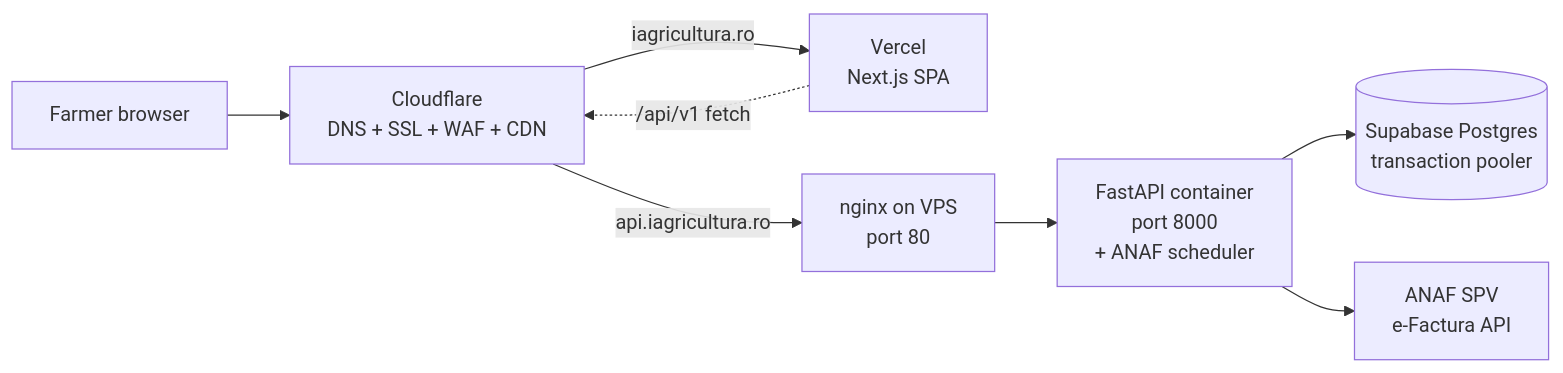
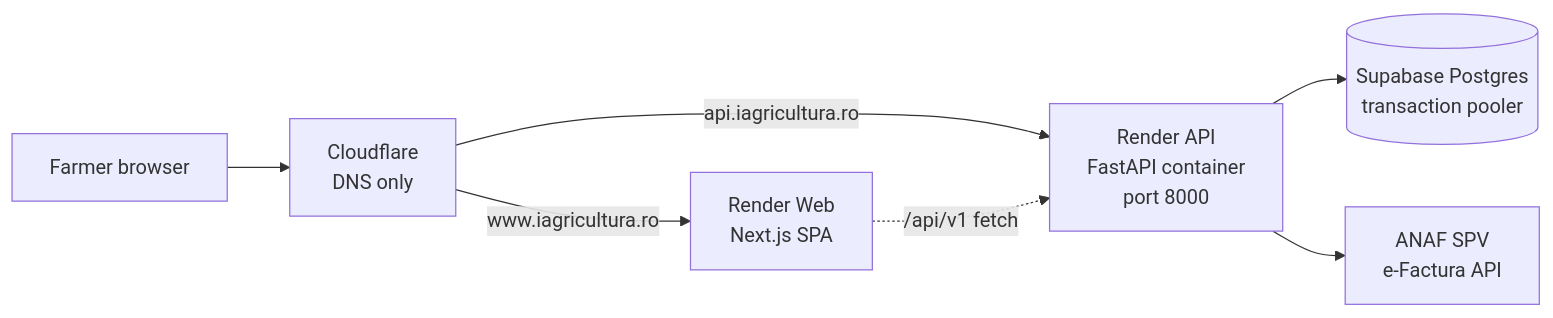
One commit to LuciMurgu/iAgricultura changed the first of 2 diagrams in ARCHITECTURE.md. Above: the diagram before and after it, drawn with Mermaid. The commit also changed other lines of this file and 32 other files, not shown here.

````diff
--- a/ARCHITECTURE.md
+++ b/ARCHITECTURE.md
@@ -11,10 +11,9 @@
 ```mermaid
 flowchart LR
-  Browser[Farmer browser] --> CF[Cloudflare<br/>DNS + SSL + WAF + CDN]
-  CF -->|"iagricultura.ro"| Vercel[Vercel<br/>Next.js SPA]
-  CF -->|"api.iagricultura.ro"| Nginx[nginx on VPS<br/>port 80]
-  Nginx --> API[FastAPI container<br/>port 8000<br/>+ ANAF scheduler]
-  Vercel -.->|"/api/v1 fetch"| CF
+  Browser[Farmer browser] --> CF[Cloudflare<br/>DNS only]
+  CF -->|"www.iagricultura.ro"| Web[Render Web<br/>Next.js SPA]
+  CF -->|"api.iagricultura.ro"| API[Render API<br/>FastAPI container<br/>port 8000]
+  Web -.->|"/api/v1 fetch"| API
   API --> Supabase[(Supabase Postgres<br/>transaction pooler)]
   API --> ANAF[ANAF SPV<br/>e-Factura API]
 ```
````
